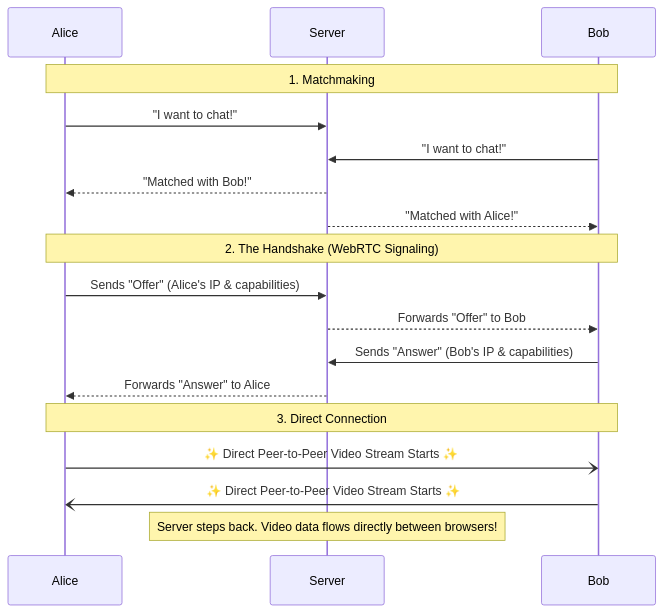
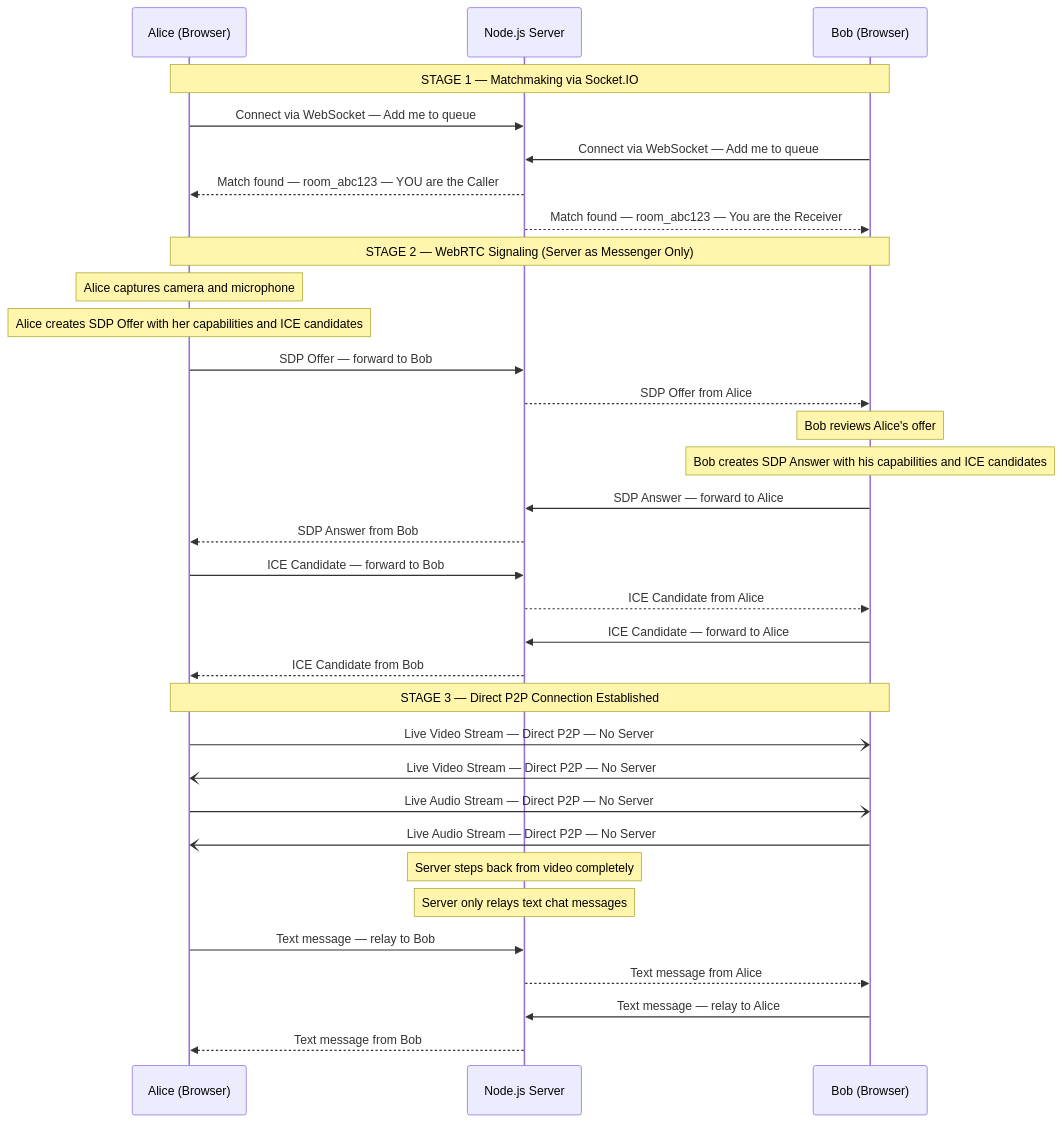
The second of 5 diagrams in README.md (hemanthreddykunduru/anocall), drawn with Mermaid before and after one commit. The commit also changed other lines of this file, not shown here.

````diff
--- a/README.md
+++ b/README.md
@@ -53,24 +93,38 @@
 ```mermaid
 sequenceDiagram
-    participant Alice
-    participant Server
-    participant Bob
+    participant Alice as Alice (Browser)
+    participant Server as Node.js Server
+    participant Bob as Bob (Browser)
 
-    Note over Alice,Bob: 1. Matchmaking
-    Alice->>Server: "I want to chat!"
-    Bob->>Server: "I want to chat!"
-    Server-->>Alice: "Matched with Bob!"
-    Server-->>Bob: "Matched with Alice!"
+    Note over Alice,Bob: STAGE 1 — Matchmaking via Socket.IO
+    Alice->>Server: Connect via WebSocket — Add me to queue
+    Bob->>Server: Connect via WebSocket — Add me to queue
+    Server-->>Alice: Match found — room_abc123 — YOU are the Caller
+    Server-->>Bob: Match found — room_abc123 — You are the Receiver
 
-    Note over Alice,Bob: 2. The Handshake (WebRTC Signaling)
-    Alice->>Server: Sends "Offer" (Alice's IP & capabilities)
-    Server-->>Bob: Forwards "Offer" to Bob
-    Bob->>Server: Sends "Answer" (Bob's IP & capabilities)
-    Server-->>Alice: Forwards "Answer" to Alice
+    Note over Alice,Bob: STAGE 2 — WebRTC Signaling (Server as Messenger Only)
+    Note over Alice: Alice captures camera and microphone
+    Note over Alice: Alice creates SDP Offer with her capabilities and ICE candidates
+    Alice->>Server: SDP Offer — forward to Bob
+    Server-->>Bob: SDP Offer from Alice
+    Note over Bob: Bob reviews Alice's offer
+    Note over Bob: Bob creates SDP Answer with his capabilities and ICE candidates
+    Bob->>Server: SDP Answer — forward to Alice
+    Server-->>Alice: SDP Answer from Bob
+    Alice->>Server: ICE Candidate — forward to Bob
+    Server-->>Bob: ICE Candidate from Alice
+    Bob->>Server: ICE Candidate — forward to Alice
+    Server-->>Alice: ICE Candidate from Bob
 
-    Note over Alice,Bob: 3. Direct Connection
-    Alice-)Bob: ✨ Direct Peer-to-Peer Video Stream Starts ✨
-    Bob-)Alice: ✨ Direct Peer-to-Peer Video Stream Starts ✨
-    
-    Note over Server: Server steps back. Video data flows directly between browsers!
+    Note over Alice,Bob: STAGE 3 — Direct P2P Connection Established
+    Alice-)Bob: Live Video Stream — Direct P2P — No Server
+    Bob-)Alice: Live Video Stream — Direct P2P — No Server
+    Alice-)Bob: Live Audio Stream — Direct P2P — No Server
+    Bob-)Alice: Live Audio Stream — Direct P2P — No Server
+    Note over Server: Server steps back from video completely
+    Note over Server: Server only relays text chat messages
+    Alice->>Server: Text message — relay to Bob
+    Server-->>Bob: Text message from Alice
+    Bob->>Server: Text message — relay to Alice
+    Server-->>Alice: Text message from Bob
 ```
````
